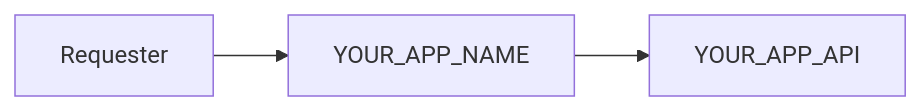
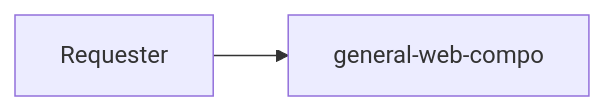
Before and after one commit to buildingwatsize/general-web-compo: the diagram in README.md, drawn with Mermaid. The commit also changed other lines of this file and 41 other files, not shown here.

````diff
--- a/README.md
+++ b/README.md
@@ -14,6 +14,5 @@
 ```mermaid
   graph LR;
 
-    Requester-->YOUR_APP_NAME
-    YOUR_APP_NAME-->YOUR_APP_API
+    Requester-->general-web-compo
 ```
````
